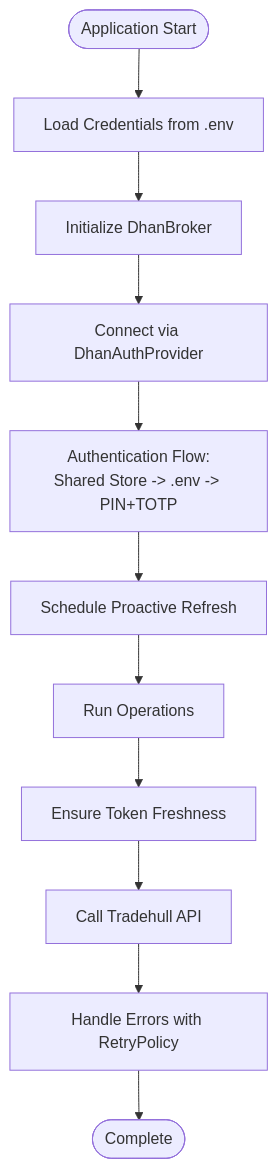
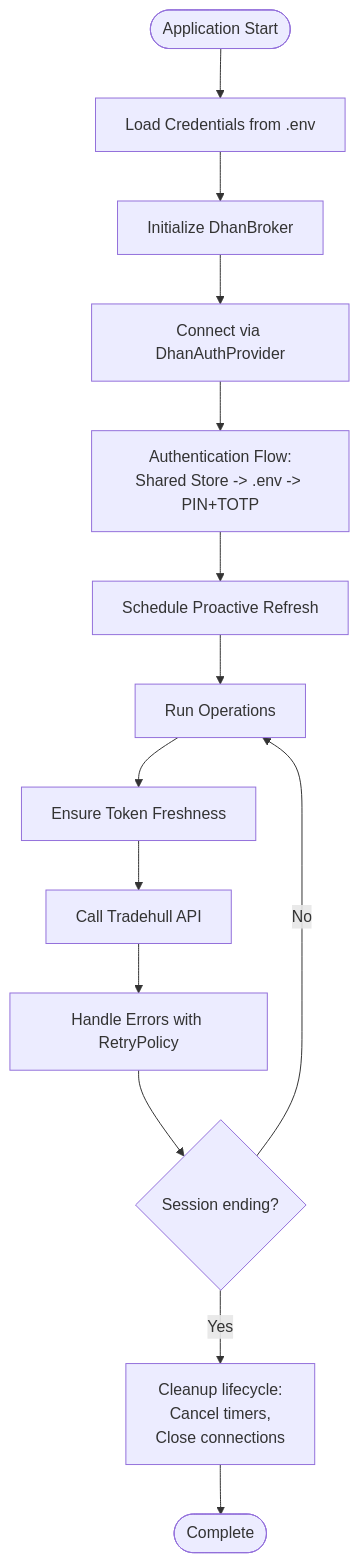
Before and after one commit to Ganesh-Kusundal/nTrade: the eighth of 9 diagrams in .qoder/repowiki/en/content/Broker Integration/Authentication & Security.md, drawn with Mermaid. The commit also changed other lines of this file and 331 other files, not shown here.

````diff
--- a/.qoder/repowiki/en/content/Broker Integration/Authentication & Security.md
+++ b/.qoder/repowiki/en/content/Broker Integration/Authentication & Security.md
@@ -456,13 +546,16 @@
 ```mermaid
 flowchart TD
 Start(["Application Start"]) --> LoadCreds["Load Credentials from .env"]
 LoadCreds --> InitBroker["Initialize DhanBroker"]
 InitBroker --> Connect["Connect via DhanAuthProvider"]
 Connect --> AuthFlow["Authentication Flow:<br/>Shared Store -> .env -> PIN+TOTP"]
 AuthFlow --> ScheduleRefresh["Schedule Proactive Refresh"]
 ScheduleRefresh --> RunOps["Run Operations"]
 RunOps --> EnsureFresh["Ensure Token Freshness"]
 EnsureFresh --> CallAPI["Call Tradehull API"]
 CallAPI --> HandleErrors["Handle Errors with RetryPolicy"]
-HandleErrors --> End(["Complete"])
+HandleErrors --> SessionEnd{"Session ending?"}
+SessionEnd --> |No| RunOps
+SessionEnd --> |Yes| Cleanup["Cleanup lifecycle:<br/>Cancel timers,<br/>Close connections"]
+Cleanup --> End(["Complete"])
 ```
````
